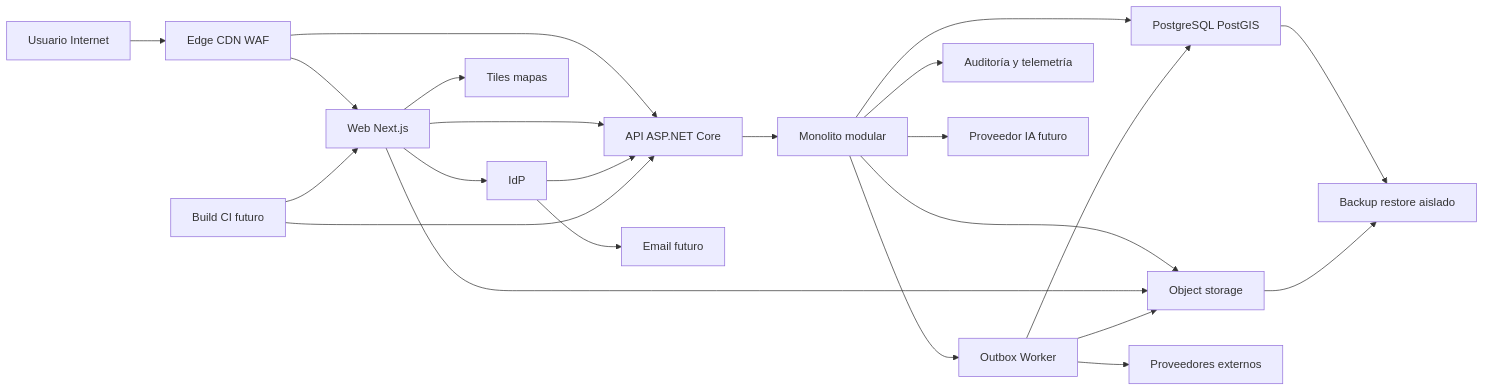
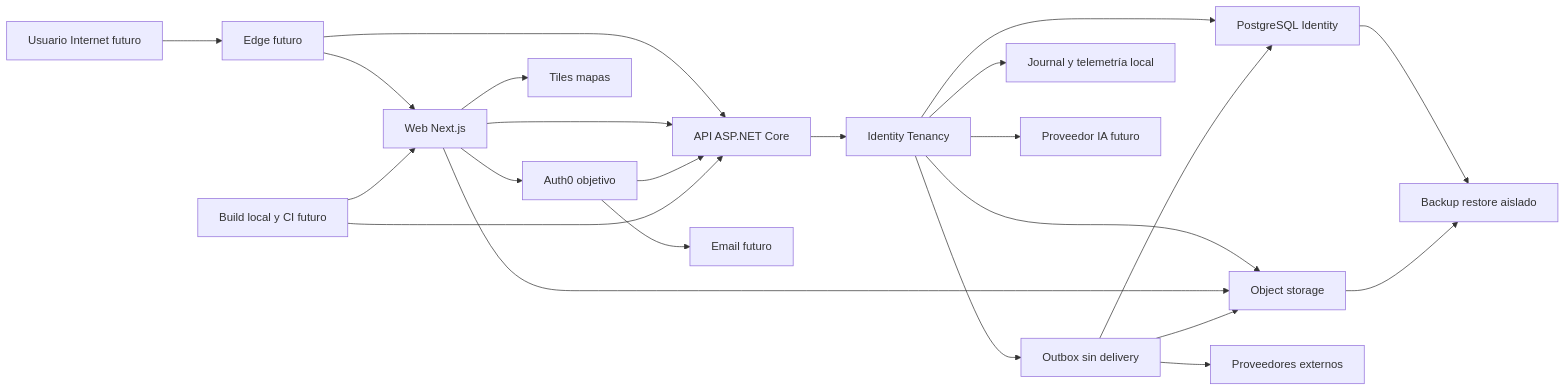
One commit to JuaniRMariani/AgropecuarIA changed the diagram in tasks/evidence/AGRO-SEC-001/AgropecuarIA-threat-model.md. Above: the diagram before and after it, drawn with Mermaid. The commit also changed other lines of this file and 12 other files, not shown here.

````diff
--- a/tasks/evidence/AGRO-SEC-001/AgropecuarIA-threat-model.md
+++ b/tasks/evidence/AGRO-SEC-001/AgropecuarIA-threat-model.md
@@ -59,25 +62,25 @@
 ```mermaid
 flowchart LR
-  U["Usuario Internet"] --> E["Edge CDN WAF"]
+  U["Usuario Internet futuro"] --> E["Edge futuro"]
   E --> W["Web Next.js"]
   E --> A["API ASP.NET Core"]
-  W --> I["IdP"]
+  W --> I["Auth0 objetivo"]
   W --> A["API ASP.NET Core"]
   I --> A
   I --> N["Email futuro"]
-  A --> M["Monolito modular"]
-  M --> D["PostgreSQL PostGIS"]
+  A --> M["Identity Tenancy"]
+  M --> D["PostgreSQL Identity"]
   M --> O["Object storage"]
   W --> O
   W --> T["Tiles mapas"]
-  M --> Q["Outbox Worker"]
+  M --> Q["Outbox sin delivery"]
   Q --> D
   Q --> O
   Q --> P["Proveedores externos"]
-  M --> L["Auditoría y telemetría"]
+  M --> L["Journal y telemetría local"]
   M --> X["Proveedor IA futuro"]
-  B["Build CI futuro"] --> A
+  B["Build local y CI futuro"] --> A
   B --> W
   D --> R["Backup restore aislado"]
   O --> R
 ```
````
